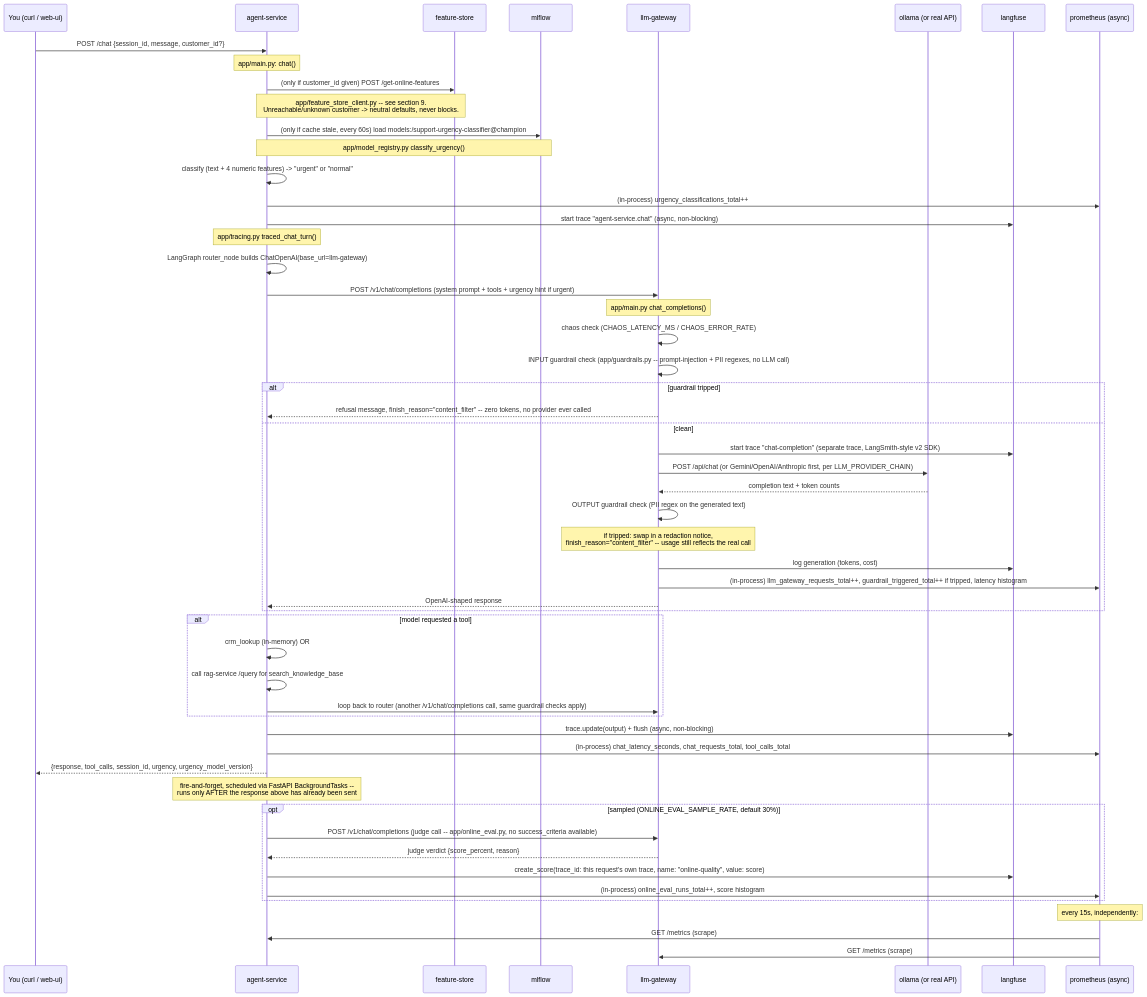
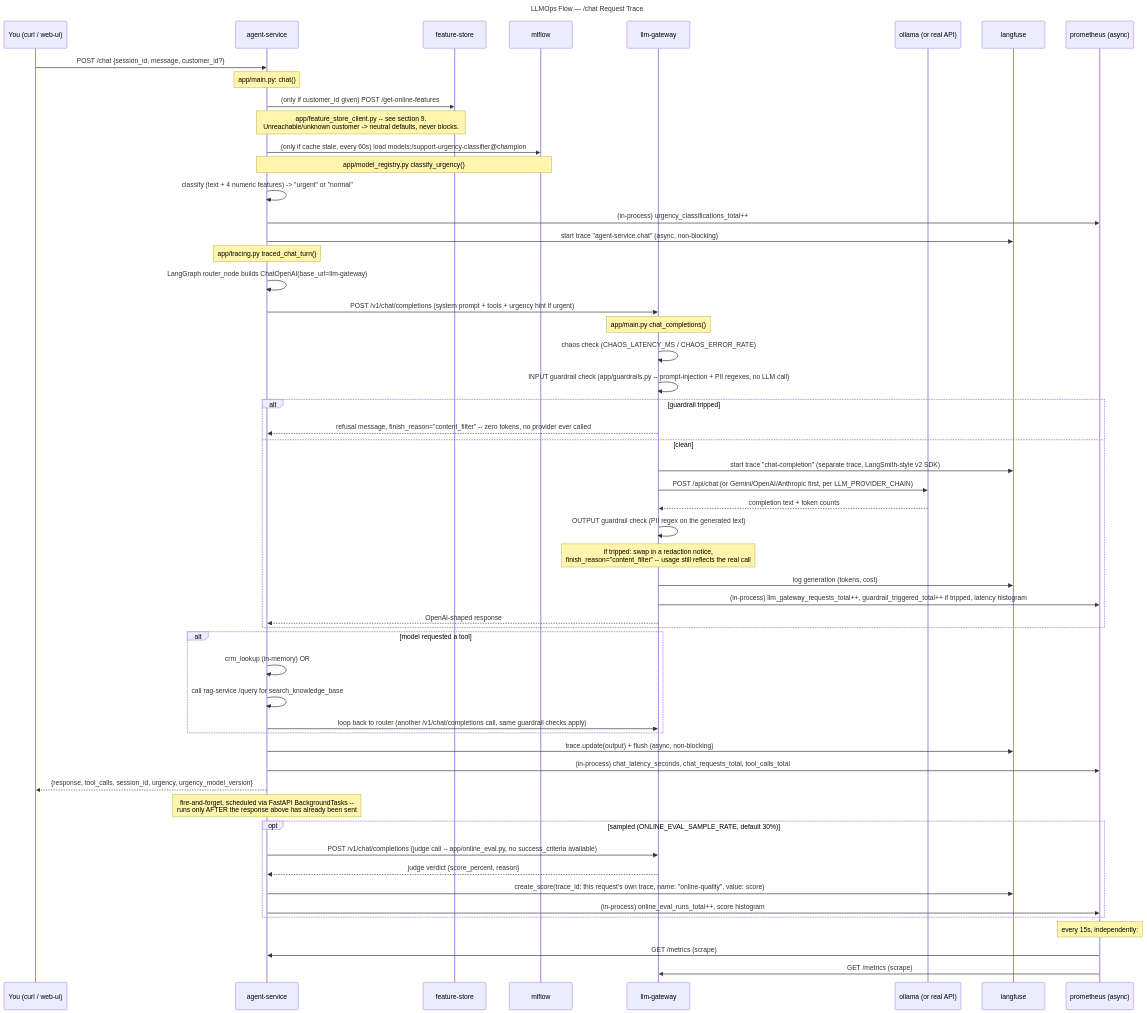
The second of 6 diagrams in README.md (vishalrath0d/ai-ml-llm-ops), drawn with Mermaid before and after one commit. The commit also changed other lines of this file and 1 other file, not shown here.

First line of the commit message:
Fold CI/CD pipeline diagram into root README; label all diagrams by Ops discipline

````diff
--- a/README.md
+++ b/README.md
@@ -152,65 +155,68 @@
 ```mermaid
+---
+title: LLMOps Flow — /chat Request Trace
+---
 sequenceDiagram
     participant You as You (curl / web-ui)
     participant Agent as agent-service
     participant Feast as feature-store
     participant MLflow as mlflow
     participant Gateway as llm-gateway
     participant Ollama as ollama (or real API)
     participant Langfuse as langfuse
     participant Prom as prometheus (async)
 
     You->>Agent: POST /chat {session_id, message, customer_id?}
     Note over Agent: app/main.py: chat()
 
     Agent->>Feast: (only if customer_id given) POST /get-online-features
     Note over Agent,Feast: app/feature_store_client.py -- see section 9.<br/>Unreachable/unknown customer -> neutral defaults, never blocks.
     Agent->>MLflow: (only if cache stale, every 60s) load models:/support-urgency-classifier@champion
     Note over Agent,MLflow: app/model_registry.py classify_urgency()
     Agent->>Agent: classify (text + 4 numeric features) -> "urgent" or "normal"
     Agent->>Prom: (in-process) urgency_classifications_total++
 
     Agent->>Langfuse: start trace "agent-service.chat" (async, non-blocking)
     Note over Agent: app/tracing.py traced_chat_turn()
 
     Agent->>Agent: LangGraph router_node builds ChatOpenAI(base_url=llm-gateway)
     Agent->>Gateway: POST /v1/chat/completions (system prompt + tools + urgency hint if urgent)
     Note over Gateway: app/main.py chat_completions()
 
     Gateway->>Gateway: chaos check (CHAOS_LATENCY_MS / CHAOS_ERROR_RATE)
     Gateway->>Gateway: INPUT guardrail check (app/guardrails.py -- prompt-injection + PII regexes, no LLM call)
     alt guardrail tripped
         Gateway-->>Agent: refusal message, finish_reason="content_filter" -- zero tokens, no provider ever called
     else clean
         Gateway->>Langfuse: start trace "chat-completion" (separate trace, LangSmith-style v2 SDK)
         Gateway->>Ollama: POST /api/chat (or Gemini/OpenAI/Anthropic first, per LLM_PROVIDER_CHAIN)
         Ollama-->>Gateway: completion text + token counts
         Gateway->>Gateway: OUTPUT guardrail check (PII regex on the generated text)
         Note over Gateway: if tripped: swap in a redaction notice,<br/>finish_reason="content_filter" -- usage still reflects the real call
         Gateway->>Langfuse: log generation (tokens, cost)
         Gateway->>Prom: (in-process) llm_gateway_requests_total++, guardrail_triggered_total++ if tripped, latency histogram
         Gateway-->>Agent: OpenAI-shaped response
     end
 
     alt model requested a tool
         Agent->>Agent: crm_lookup (in-memory) OR
         Agent->>Agent: call rag-service /query for search_knowledge_base
         Agent->>Gateway: loop back to router (another /v1/chat/completions call, same guardrail checks apply)
     end
 
     Agent->>Langfuse: trace.update(output) + flush (async, non-blocking)
     Agent->>Prom: (in-process) chat_latency_seconds, chat_requests_total, tool_calls_total
     Agent-->>You: {response, tool_calls, session_id, urgency, urgency_model_version}
 
     Note over Agent: fire-and-forget, scheduled via FastAPI BackgroundTasks --<br/>runs only AFTER the response above has already been sent
     opt sampled (ONLINE_EVAL_SAMPLE_RATE, default 30%)
         Agent->>Gateway: POST /v1/chat/completions (judge call -- app/online_eval.py, no success_criteria available)
         Gateway-->>Agent: judge verdict {score_percent, reason}
         Agent->>Langfuse: create_score(trace_id: this request's own trace, name: "online-quality", value: score)
         Agent->>Prom: (in-process) online_eval_runs_total++, score histogram
     end
 
     Note over Prom: every 15s, independently:
     Prom->>Agent: GET /metrics (scrape)
     Prom->>Gateway: GET /metrics (scrape)
 ```
````
